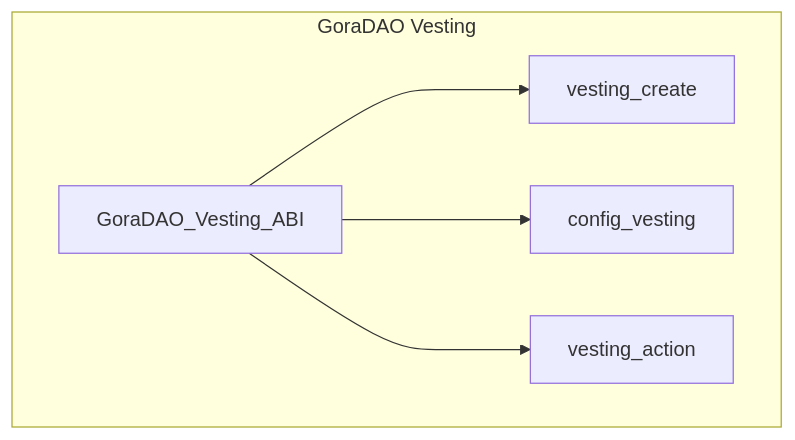
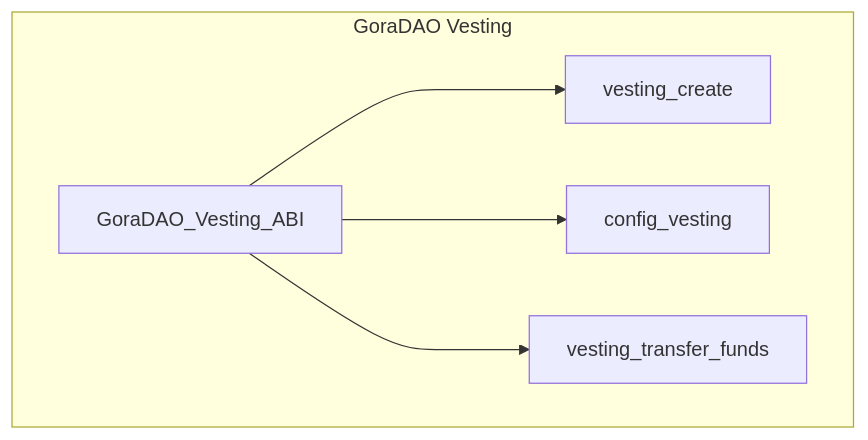
Before and after one commit to GoraNetwork/gora-dao-smartcontracts: the eighth of 8 diagrams in README.md, drawn with Mermaid.

````diff
--- a/README.md
+++ b/README.md
@@ -298,21 +298,21 @@
 ```mermaid
 
 graph TB
  
       subgraph GoraDAO Vesting
             GoraDAO_Vesting[GoraDAO_Vesting_ABI]
             Vesting_Create[vesting_create]
             Configure_Vesting[config_vesting]
-            Vesting_Action[vesting_action]
+            Vesting_Transfer_Funds[vesting_transfer_funds]
  
        
         end
       
 
       GoraDAO_Vesting[GoraDAO_Vesting_ABI] ---> Vesting_Create
       GoraDAO_Vesting[GoraDAO_Vesting_ABI] ---> Configure_Vesting
-      GoraDAO_Vesting[GoraDAO_Vesting_ABI] ---> Vesting_Action
+      GoraDAO_Vesting[GoraDAO_Vesting_ABI] ---> Vesting_Transfer_Funds
 
  
 
 ```
````
